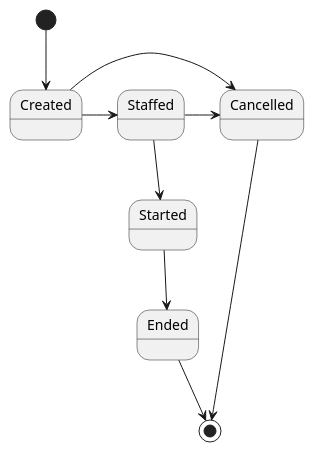
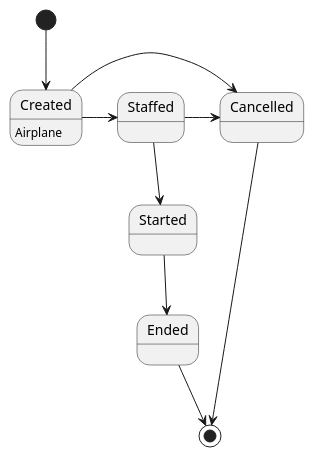
Before and after one commit to irmalexandra/vln1_chuck_nan: the diagram in State_Diagram_Voyage.puml, drawn with PlantUML. The commit also changed 3 other files, not shown here.

Commit message:
Update state diagram

```diff
--- a/State_Diagram_Voyage.puml
+++ b/State_Diagram_Voyage.puml
@@ -1,12 +1,13 @@
 @startuml
 
 [*] --> Created
+Created : Airplane
 Created -> Staffed
 Created -> Cancelled
 Staffed -> Cancelled
 Staffed --> Started
 Started --> Ended
 Cancelled --> [*]
 Ended --> [*]
 
 @enduml
```
